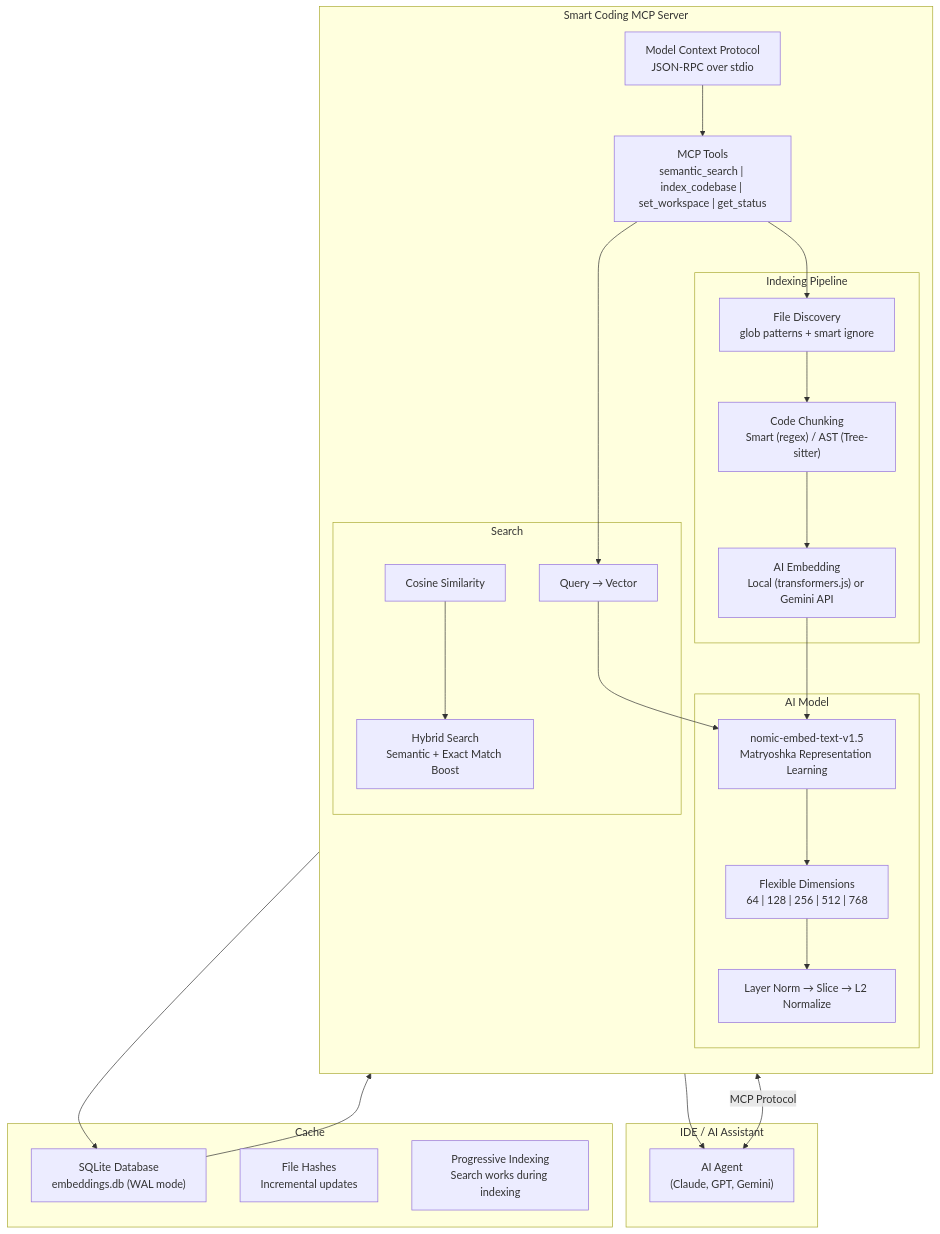
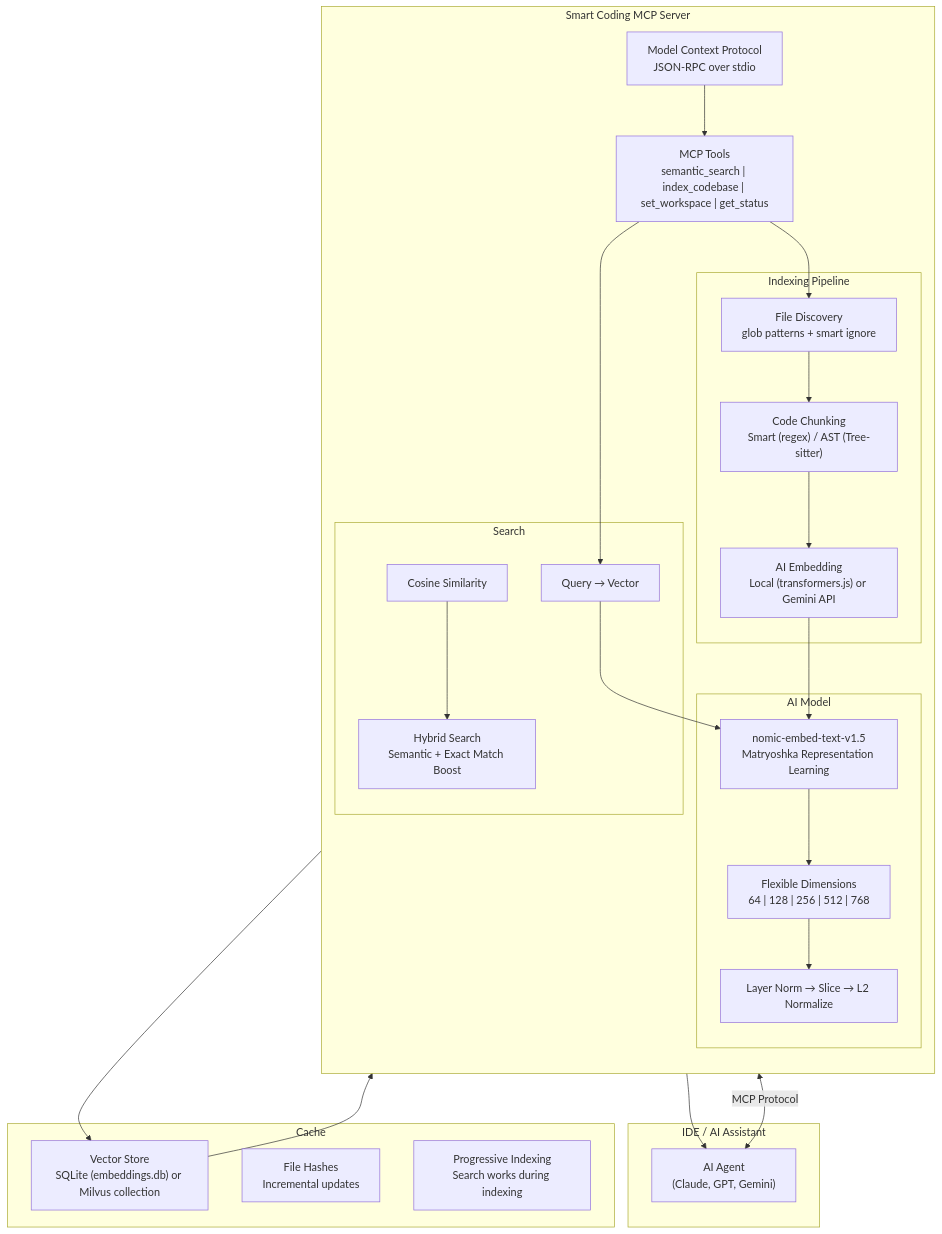
The diagram in README.md (bitkyc08-arch/semantic-code-mcp), drawn with Mermaid before and after one commit. The commit also changed other lines of this file and 18 other files, not shown here.

````diff
--- a/README.md
+++ b/README.md
@@ -254,53 +259,53 @@
 ```mermaid
 flowchart TB
     subgraph IDE["IDE / AI Assistant"]
         Agent["AI Agent<br/>(Claude, GPT, Gemini)"]
     end
 
     subgraph MCP["Smart Coding MCP Server"]
         direction TB
         Protocol["Model Context Protocol<br/>JSON-RPC over stdio"]
         Tools["MCP Tools<br/>semantic_search | index_codebase | set_workspace | get_status"]
 
         subgraph Indexing["Indexing Pipeline"]
             Discovery["File Discovery<br/>glob patterns + smart ignore"]
             Chunking["Code Chunking<br/>Smart (regex) / AST (Tree-sitter)"]
             Embedding["AI Embedding<br/>Local (transformers.js) or Gemini API"]
         end
 
         subgraph AI["AI Model"]
             Model["nomic-embed-text-v1.5<br/>Matryoshka Representation Learning"]
             Dimensions["Flexible Dimensions<br/>64 | 128 | 256 | 512 | 768"]
             Normalize["Layer Norm → Slice → L2 Normalize"]
         end
 
         subgraph Search["Search"]
             QueryEmbed["Query → Vector"]
             Cosine["Cosine Similarity"]
             Hybrid["Hybrid Search<br/>Semantic + Exact Match Boost"]
         end
     end
 
     subgraph Storage["Cache"]
-        Vectors["SQLite Database<br/>embeddings.db (WAL mode)"]
+        Vectors["Vector Store<br/>SQLite (embeddings.db) or Milvus collection"]
         Hashes["File Hashes<br/>Incremental updates"]
         Progressive["Progressive Indexing<br/>Search works during indexing"]
     end
 
     Agent <-->|"MCP Protocol"| Protocol
     Protocol --> Tools
 
     Tools --> Discovery
     Discovery --> Chunking
     Chunking --> Embedding
     Embedding --> Model
     Model --> Dimensions
     Dimensions --> Normalize
     Normalize --> Vectors
 
     Tools --> QueryEmbed
     QueryEmbed --> Model
     Cosine --> Hybrid
     Vectors --> Cosine
     Hybrid --> Agent
 ```
````
